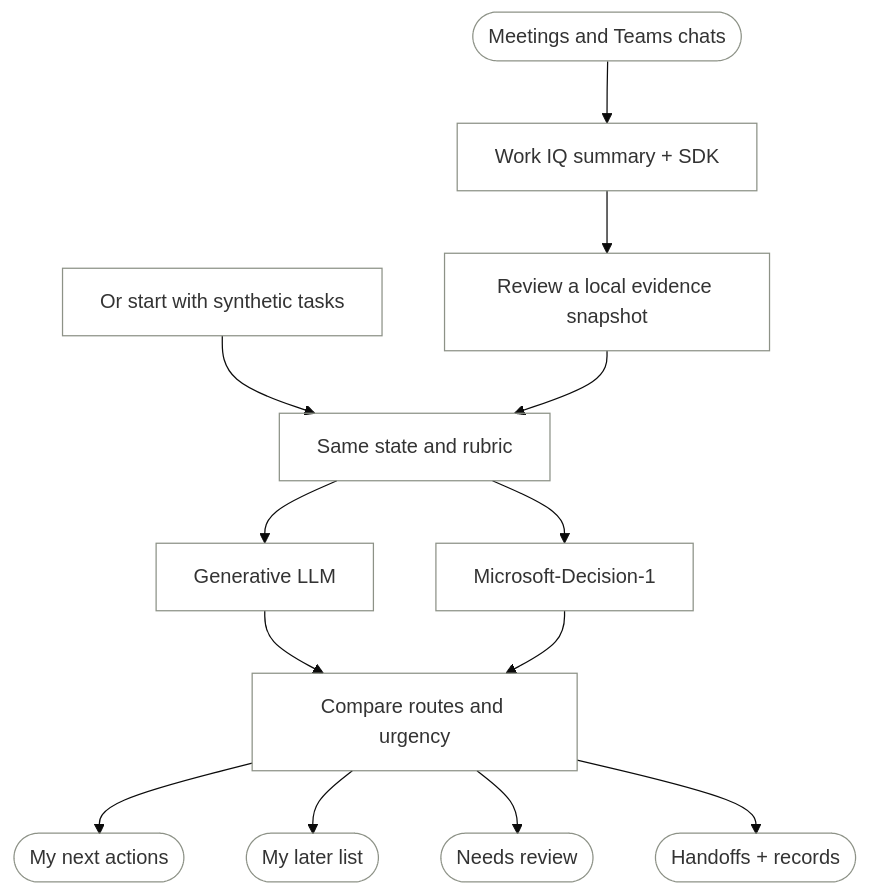
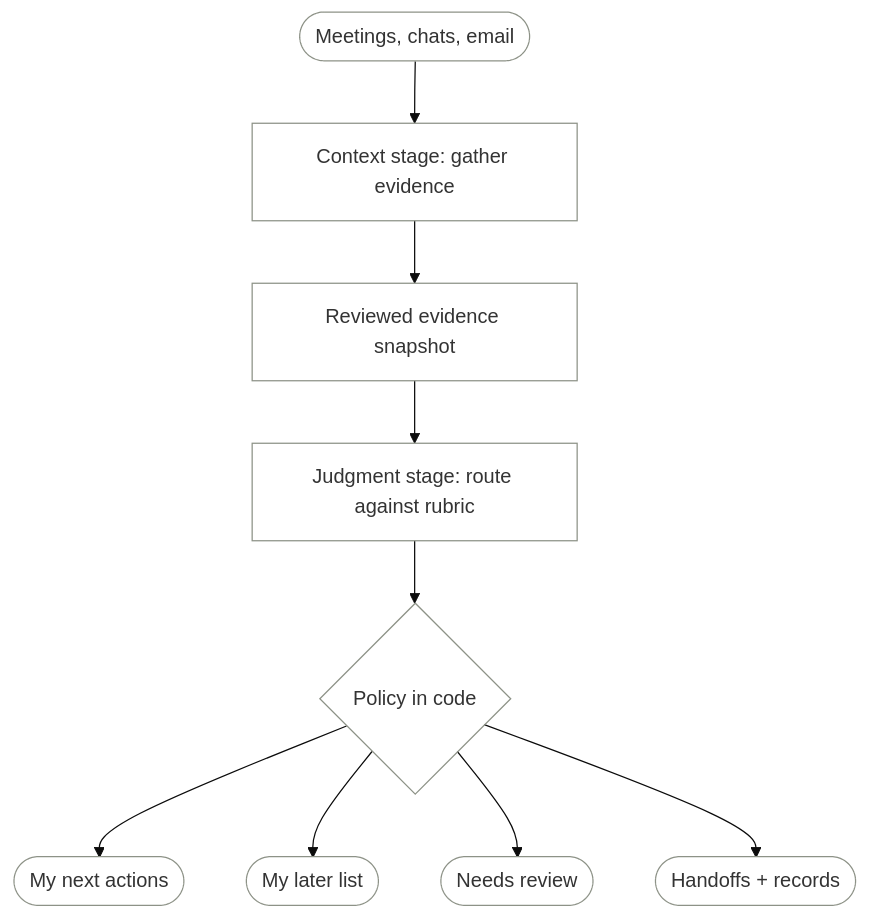
One commit to ragmha/raghib.io changed the diagram in src/content/writing/not-every-action-item-is-mine.mdx. Above: the diagram before and after it, drawn with Mermaid (base theme). The commit also changed other lines of this file and 54 other files, not shown here.

````diff
--- a/src/content/writing/not-every-action-item-is-mine.mdx
+++ b/src/content/writing/not-every-action-item-is-mine.mdx
@@ -75,18 +119,14 @@
 ```mermaid
 flowchart TD
-    accTitle: Work IQ to a reviewed to-do list
-    accDescr: Work IQ and the Copilot SDK produce a reviewed evidence snapshot. The same snapshot, or synthetic tasks, goes to an LLM and Decision-1. Their proposals are compared before separating personal work, later work, uncertain items, handoffs and recorded decisions.
-    sources(["Meetings and Teams chats"]) --> workiq["Work IQ summary + SDK"]
-    workiq --> review["Review a local evidence snapshot"]
-    sample["Or start with synthetic tasks"] --> compare
-    review --> compare["Same state and rubric"]
-    compare --> llm["Generative LLM"]
-    compare --> d1["Microsoft-Decision-1"]
-    llm --> report["Compare routes and urgency"]
-    d1 --> report
-    report --> mine(["My next actions"])
-    report --> later(["My later list"])
-    report --> check(["Needs review"])
-    report --> elsewhere(["Handoffs + records"])
+    accTitle: Finding work separately from judging it
+    accDescr: Meetings, chats and email feed a context stage that writes a reviewed evidence snapshot. A judgment stage routes each item against a fixed rubric, and a small policy in code sorts proposals into my next actions, my later list, needs review, and handoffs and records.
+    sources(["Meetings, chats, email"]) --> context["Context stage: gather evidence"]
+    context --> snapshot["Reviewed evidence snapshot"]
+    snapshot --> judge["Judgment stage: route against rubric"]
+    judge --> policy{"Policy in code"}
+    policy --> mine(["My next actions"])
+    policy --> later(["My later list"])
+    policy --> check(["Needs review"])
+    policy --> elsewhere(["Handoffs + records"])
     classDef default fill:transparent,stroke:#8d9287
 ```
````
